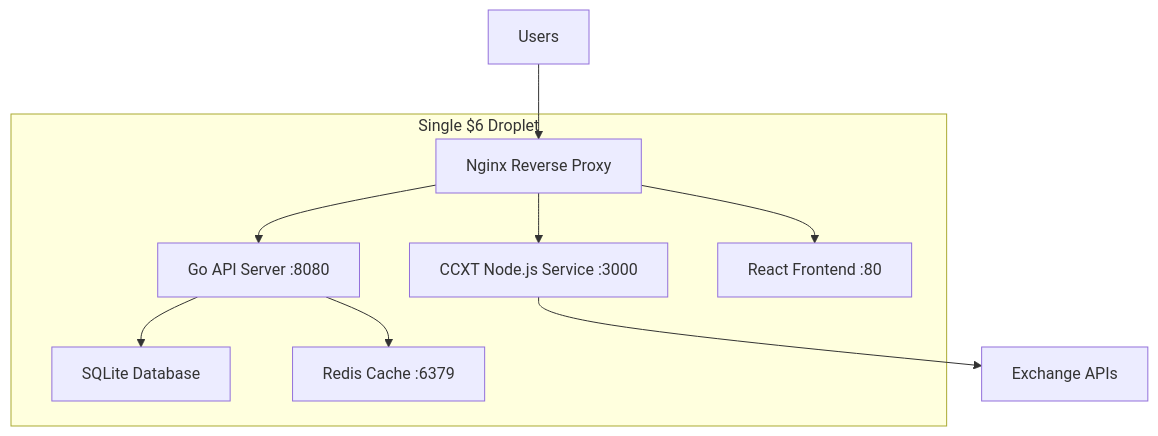
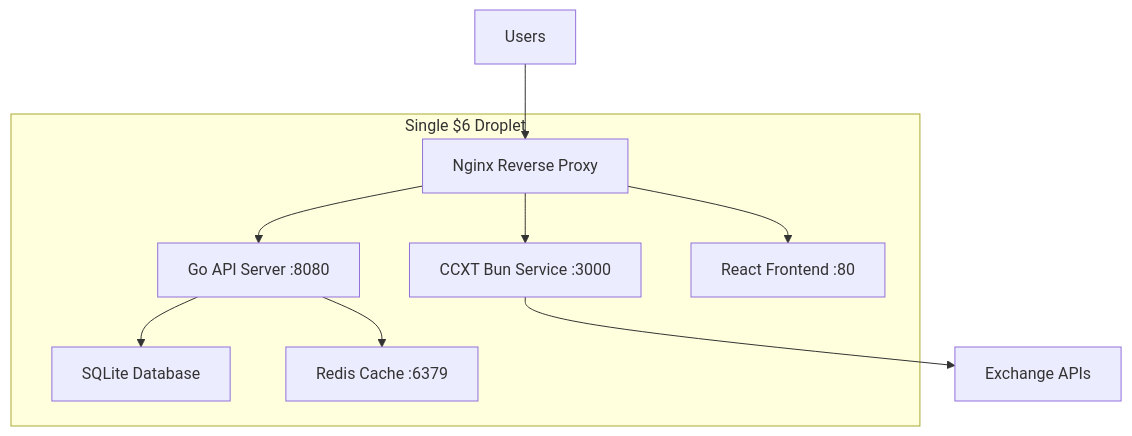
One commit to irfndi/celebrum-ai-go changed the first of 2 diagrams in .trae/documents/technical_architecture.md. Above: the diagram before and after it, drawn with Mermaid. The commit also changed other lines of this file and 101 other files, not shown here.

````diff
--- a/.trae/documents/technical_architecture.md
+++ b/.trae/documents/technical_architecture.md
@@ -41,19 +41,19 @@
 ```mermaid
 graph TD
     A[Users] --> B[Nginx Reverse Proxy]
     B --> C[Go API Server :8080]
-    B --> D[CCXT Node.js Service :3000]
+    B --> D[CCXT Bun Service :3000]
     B --> E[React Frontend :80]
     C --> F[SQLite Database]
     C --> G[Redis Cache :6379]
     D --> H[Exchange APIs]
     
     subgraph "Single $6 Droplet"
         B
         C
         D
         E
         F
         G
     end
 ```
````
